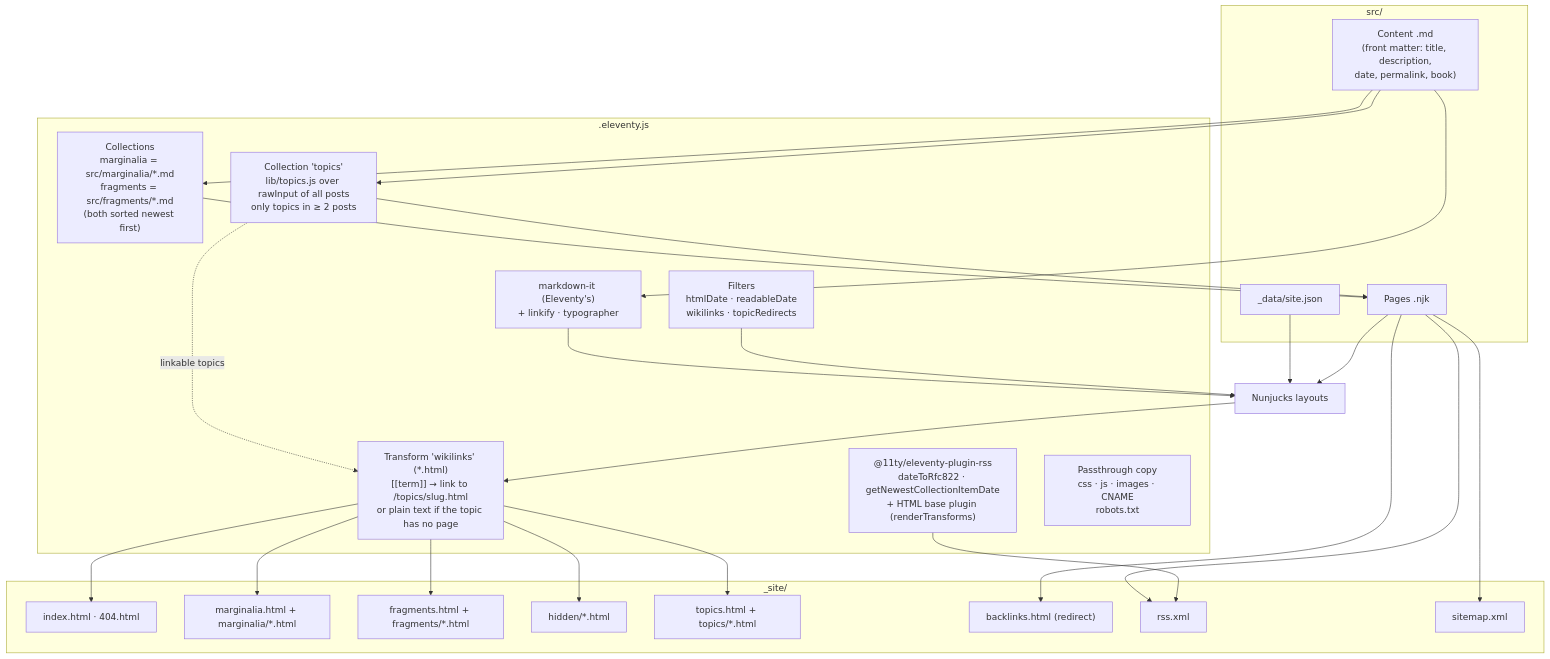
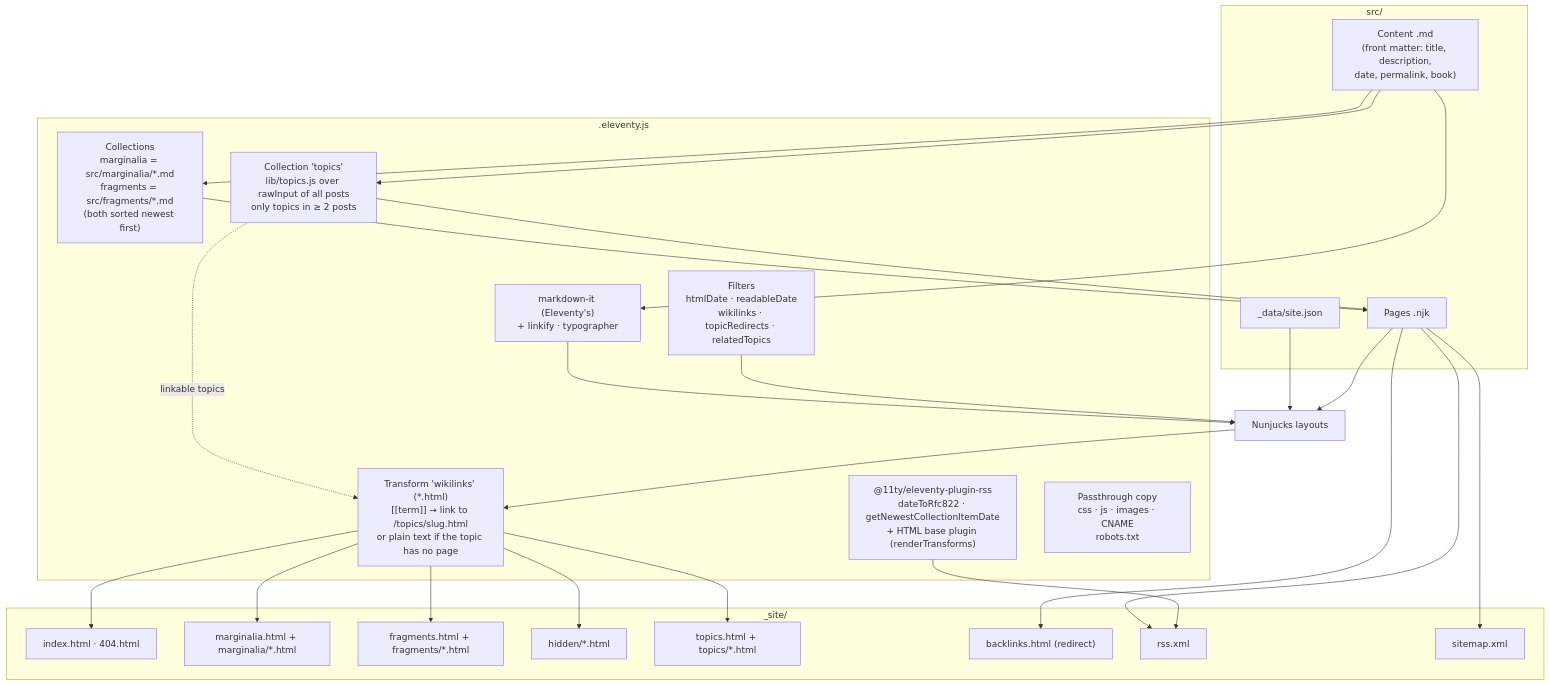
The fourth of 9 diagrams in ARCHITECTURE.md (raoul-g/raoulyy-blog), drawn with Mermaid before and after one commit. The commit also changed other lines of this file and 6 other files, not shown here.

````diff
--- a/ARCHITECTURE.md
+++ b/ARCHITECTURE.md
@@ -111,43 +111,43 @@
 ```mermaid
 flowchart TB
     subgraph Config[".eleventy.js"]
         MDLIB["markdown-it (Eleventy's)<br/>+ linkify · typographer"]
         COLL["Collections<br/>marginalia = src/marginalia/*.md<br/>fragments = src/fragments/*.md<br/>(both sorted newest first)"]
         TOP["Collection 'topics'<br/>lib/topics.js over rawInput of all posts<br/>only topics in ≥ 2 posts"]
-        FILT["Filters<br/>htmlDate · readableDate<br/>wikilinks · topicRedirects"]
+        FILT["Filters<br/>htmlDate · readableDate<br/>wikilinks · topicRedirects · relatedTopics"]
         RSSP["@11ty/eleventy-plugin-rss<br/>dateToRfc822 · getNewestCollectionItemDate<br/>+ HTML base plugin (renderTransforms)"]
         XFORM["Transform 'wikilinks' (*.html)<br/>[[term]] → link to /topics/slug.html<br/>or plain text if the topic has no page"]
         PT["Passthrough copy<br/>css · js · images · CNAME<br/>robots.txt"]
     end
 
     subgraph Inputs["src/"]
         CM["Content .md<br/>(front matter: title, description,<br/>date, permalink, book)"]
         PG["Pages .njk"]
         SJ["_data/site.json"]
     end
 
     subgraph Outputs["_site/"]
         O1["index.html · 404.html"]
         O2["marginalia.html + marginalia/*.html"]
         O3["fragments.html + fragments/*.html"]
         O4["hidden/*.html"]
         O5["topics.html + topics/*.html"]
         O6["backlinks.html (redirect)"]
         O7["rss.xml"]
         O8["sitemap.xml"]
     end
 
     CM --> MDLIB --> LAYOUT["Nunjucks layouts"]
     CM --> COLL
     SJ --> LAYOUT
     PG --> LAYOUT
     COLL --> PG
     CM --> TOP --> PG
     TOP -. "linkable topics" .-> XFORM
     FILT --> LAYOUT
     LAYOUT --> XFORM
     XFORM --> O1 & O2 & O3 & O4 & O5
     PG --> O7 & O8
     RSSP --> O7
     PG --> O6
 ```
````
